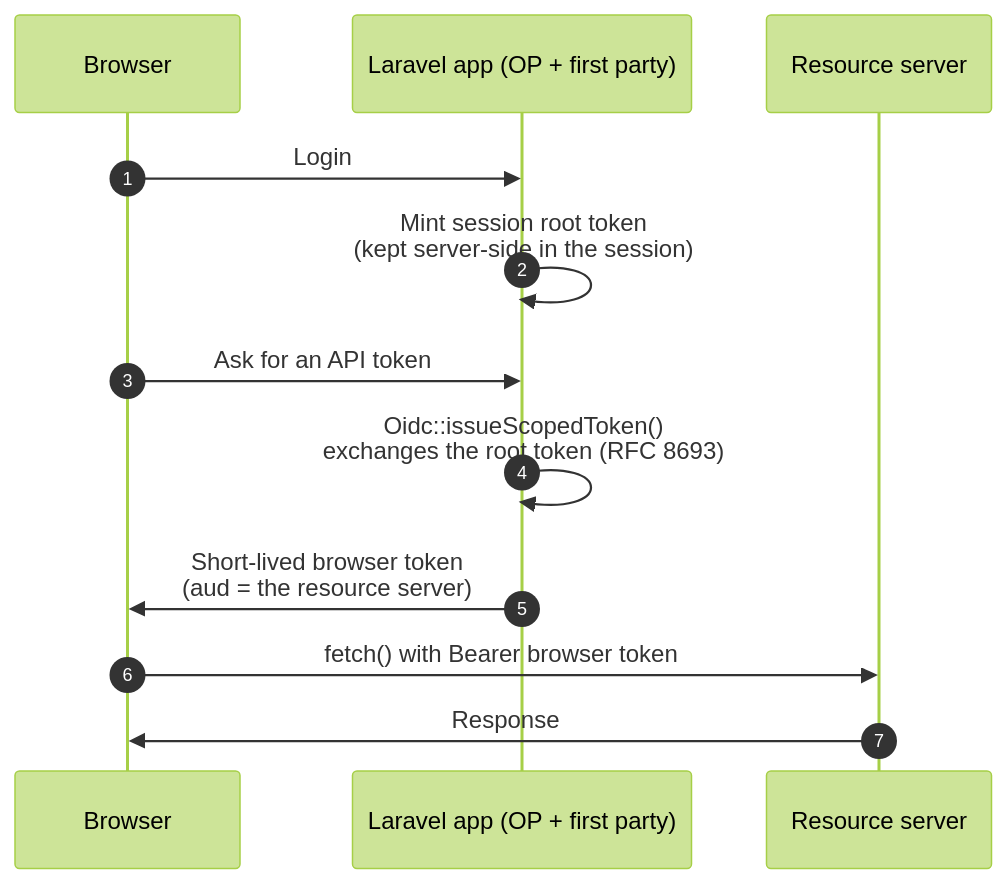
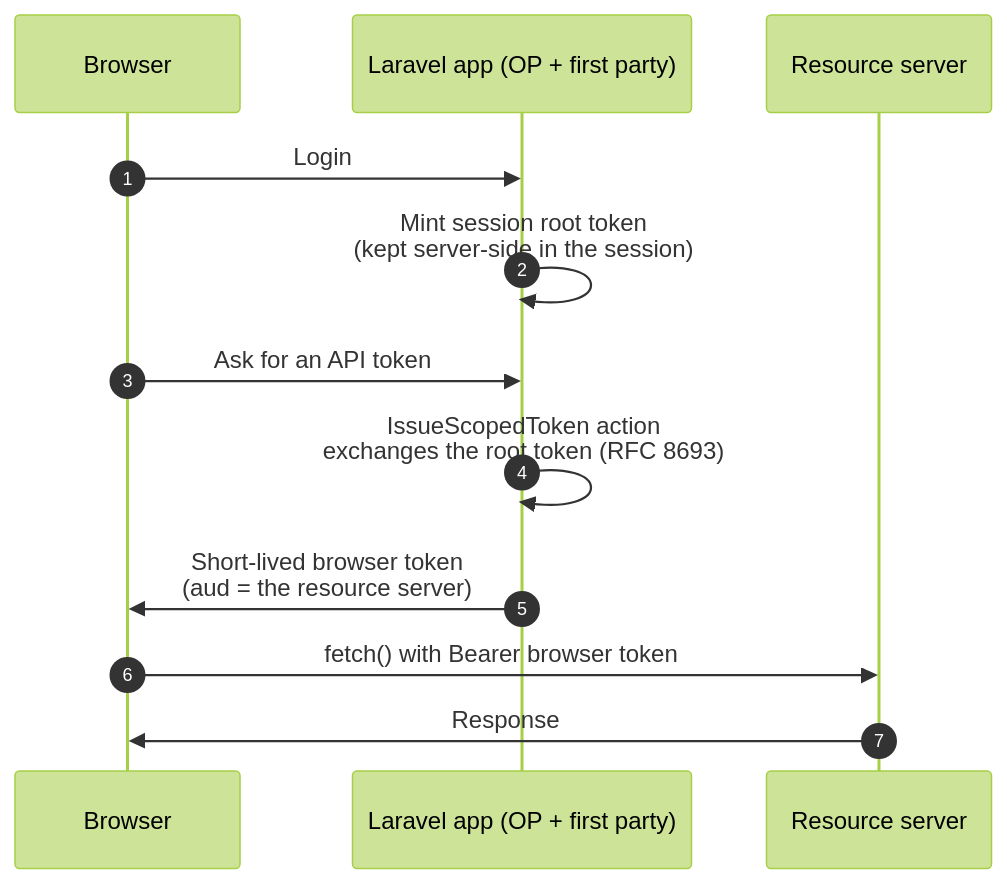
The diagram in docs/content/docs/advanced/browser-fetch.md (bambamboole/laravel-oidc), drawn with Mermaid (forest theme) before and after one commit. The commit also changed other lines of this file and 59 other files, not shown here.

First line of the commit message:
refactor!: replace the Oidc facade with action contracts and services

````diff
--- a/docs/content/docs/advanced/browser-fetch.md
+++ b/docs/content/docs/advanced/browser-fetch.md
@@ -18,15 +18,15 @@
 ```mermaid
 sequenceDiagram
     autonumber
     participant B as Browser
     participant App as Laravel app (OP + first party)
     participant RS as Resource server
 
     B->>App: Login
     App->>App: Mint session root token<br/>(kept server-side in the session)
     B->>App: Ask for an API token
-    App->>App: Oidc::issueScopedToken()<br/>exchanges the root token (RFC 8693)
+    App->>App: IssueScopedToken action<br/>exchanges the root token (RFC 8693)
     App->>B: Short-lived browser token<br/>(aud = the resource server)
     B->>RS: fetch() with Bearer browser token
     RS->>B: Response
 ```
````
